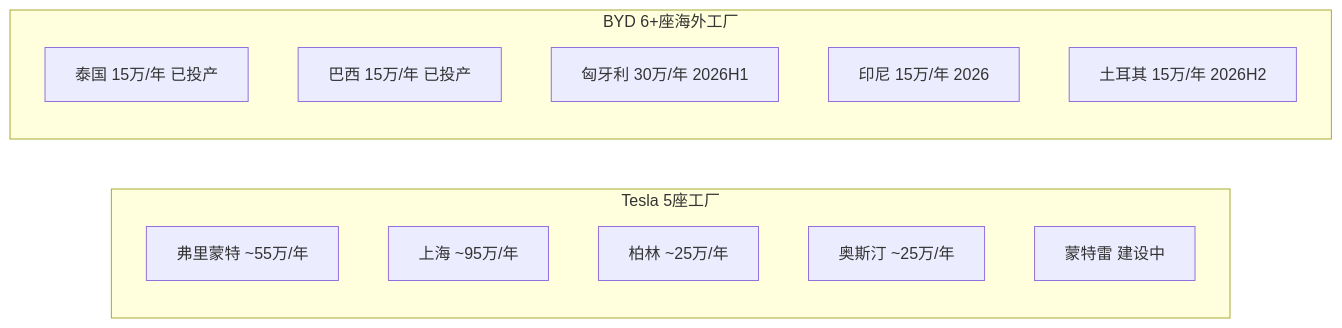
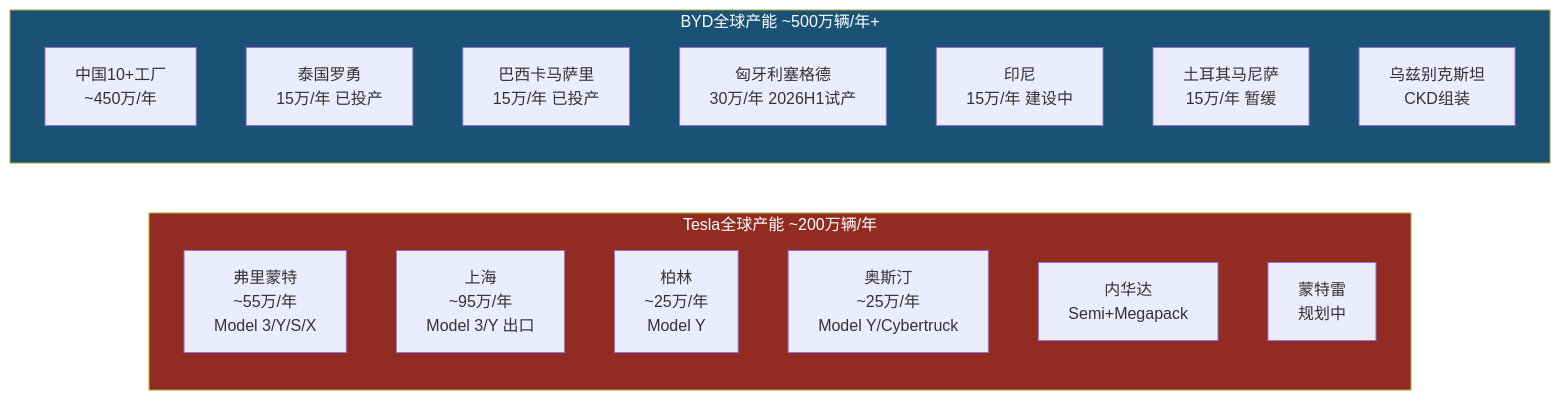
Before and after one commit to miltonnewyork25-afk/investment-master: the fourth of 14 diagrams in reports/TSLA/staging/moduleC_competition.md, drawn with Mermaid. The commit also changed other lines of this file and 6 other files, not shown here.

````diff
--- a/reports/TSLA/staging/moduleC_competition.md
+++ b/reports/TSLA/staging/moduleC_competition.md
@@ -47,17 +116,22 @@
 ```mermaid
 graph LR
-    subgraph "Tesla 5座工厂"
-        T1["弗里蒙特 ~55万/年"]
-        T2["上海 ~95万/年"]
-        T3["柏林 ~25万/年"]
-        T4["奥斯汀 ~25万/年"]
-        T5["蒙特雷 建设中"]
+    subgraph Tesla_Global["Tesla全球产能 ~200万辆/年"]
+        T1["弗里蒙特<br/>~55万/年<br/>Model 3/Y/S/X"]
+        T2["上海<br/>~95万/年<br/>Model 3/Y 出口"]
+        T3["柏林<br/>~25万/年<br/>Model Y"]
+        T4["奥斯汀<br/>~25万/年<br/>Model Y/Cybertruck"]
+        T5["内华达<br/>Semi+Megapack"]
+        T6["蒙特雷<br/>规划中"]
     end
-    subgraph "BYD 6+座海外工厂"
-        B2["泰国 15万/年 已投产"]
-        B3["巴西 15万/年 已投产"]
-        B4["匈牙利 30万/年 2026H1"]
-        B5["印尼 15万/年 2026"]
-        B6["土耳其 15万/年 2026H2"]
+    subgraph BYD_Global["BYD全球产能 ~500万辆/年+"]
+        B1["中国10+工厂<br/>~450万/年"]
+        B2["泰国罗勇<br/>15万/年 已投产"]
+        B3["巴西卡马萨里<br/>15万/年 已投产"]
+        B4["匈牙利塞格德<br/>30万/年 2026H1试产"]
+        B5["印尼<br/>15万/年 建设中"]
+        B6["土耳其马尼萨<br/>15万/年 暂缓"]
+        B7["乌兹别克斯坦<br/>CKD组装"]
     end
+    style Tesla_Global fill:#922b21,color:#fff
+    style BYD_Global fill:#1a5276,color:#fff
 ```
````
